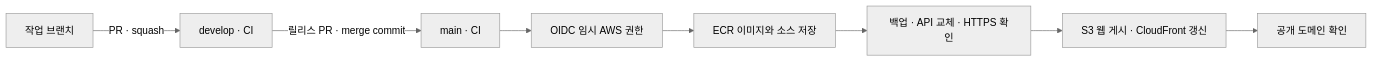
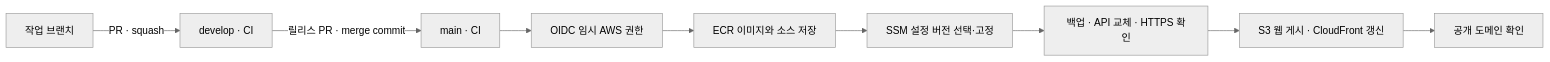
Before and after one commit to wejo-team/sku-dreamon: the diagram in docs/development/continuous-deployment.md, drawn with Mermaid (neutral theme). The commit also changed other lines of this file and 13 other files, not shown here.

````diff
--- a/docs/development/continuous-deployment.md
+++ b/docs/development/continuous-deployment.md
@@ -7,10 +7,11 @@
 ```mermaid
 flowchart LR
     A[작업 브랜치] -->|PR · squash| B[develop · CI]
     B -->|릴리스 PR · merge commit| C[main · CI]
     C --> D[OIDC 임시 AWS 권한]
     D --> E[ECR 이미지와 소스 저장]
-    E --> F[백업 · API 교체 · HTTPS 확인]
+    E --> S[SSM 설정 버전 선택·고정]
+    S --> F[백업 · API 교체 · HTTPS 확인]
     F --> G[S3 웹 게시 · CloudFront 갱신]
     G --> H[공개 도메인 확인]
 ```
````
